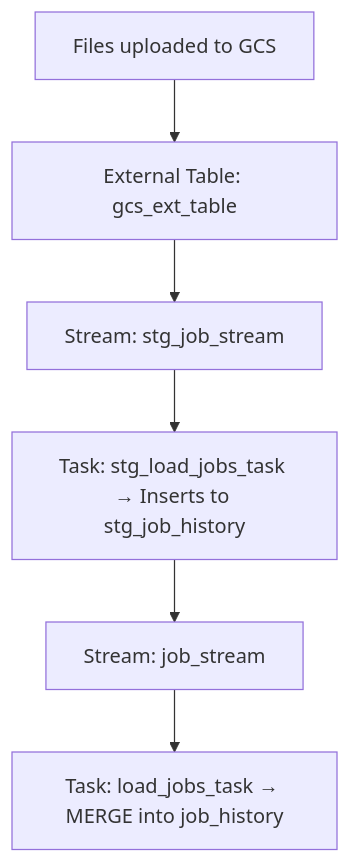
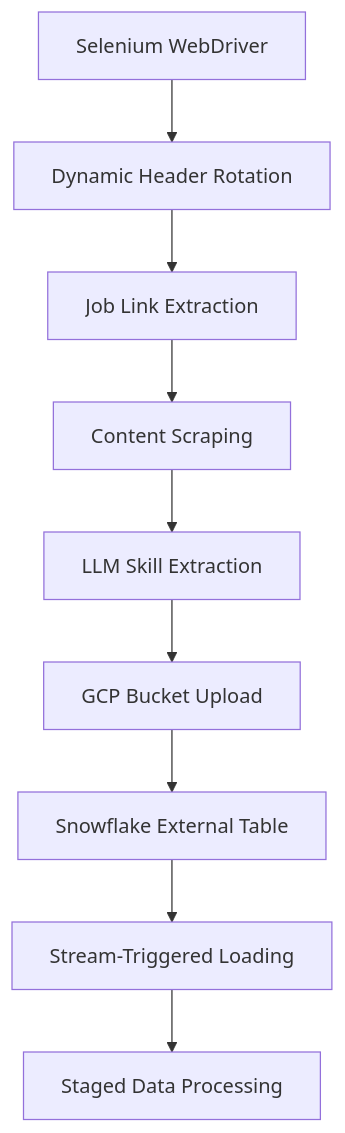
Before and after one commit to bigdata-org/BotFolio: the second of 3 diagrams in README.md, drawn with Mermaid. The commit also changed other lines of this file, not shown here.

````diff
--- a/README.md
+++ b/README.md
@@ -82,8 +106,11 @@
 ```mermaid
 flowchart TD
-    A[Files uploaded to GCS] --> B[External Table: gcs_ext_table]
-    B --> C[Stream: stg_job_stream]
-    C --> D[Task: stg_load_jobs_task → Inserts to stg_job_history]
-    D --> E[Stream: job_stream]
-    E --> F[Task: load_jobs_task → MERGE into job_history]
+    A[Selenium WebDriver] --> B[Dynamic Header Rotation]
+    B --> C[Job Link Extraction]
+    C --> D[Content Scraping]
+    D --> E[LLM Skill Extraction]
+    E --> F[GCP Bucket Upload]
+    F --> G[Snowflake External Table]
+    G --> H[Stream-Triggered Loading]
+    H --> I[Staged Data Processing]
 ```
````
